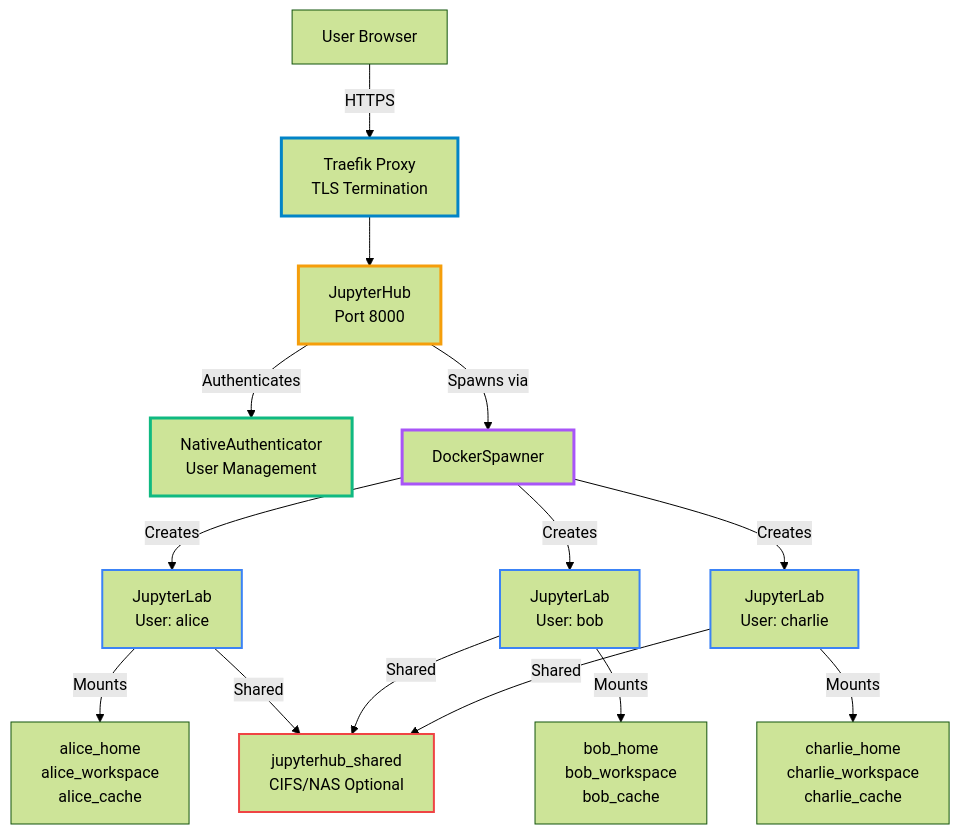
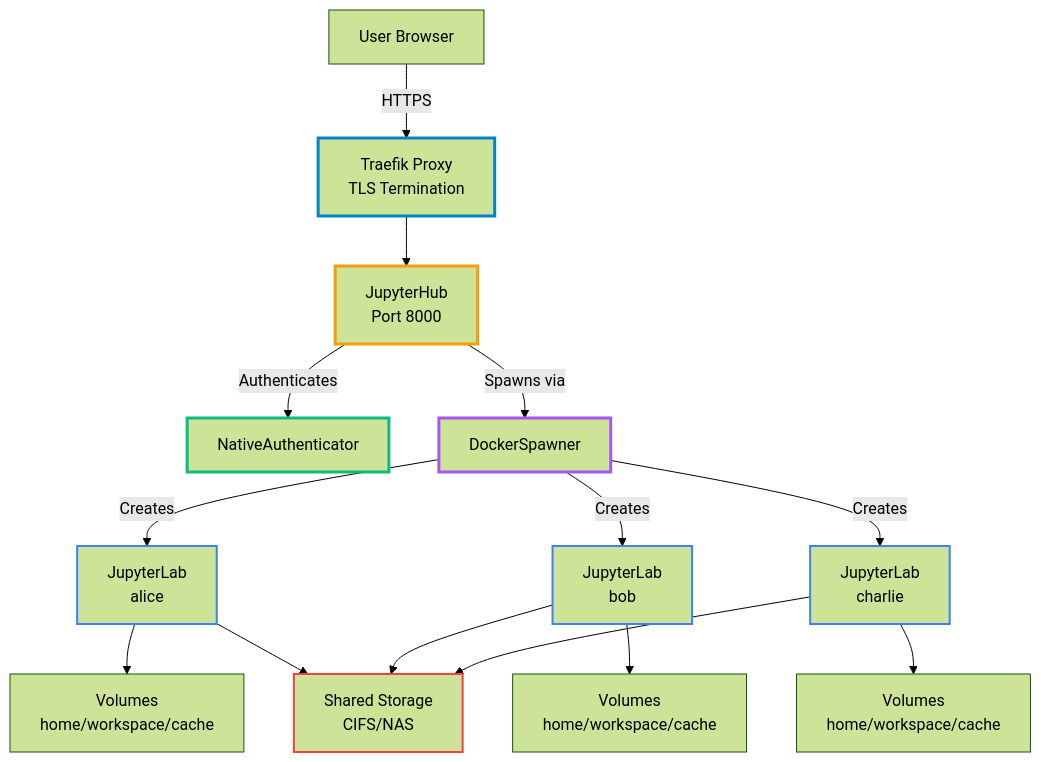
One commit to stellarshenson/stellars-jupyterhub-ds changed the diagram in README.md. Above: the diagram before and after it, drawn with Mermaid (forest theme).

Commit message:
docs: simplify architecture diagram labels
Condensed verbose diagram labels following modus primaris:
- "NativeAuthenticator User Management" -> "NativeAuthenticator"
- "User: alice" -> "alice"
- "alice_home/alice_workspace/alice_cache" -> "Volumes home/workspace/cache"
- "jupyterhub_shared CIFS/NAS Optional" -> "Shared Storage CIFS/NAS"
- Removed verbose edge labels (|Mounts|, |Shared|) for cleaner flow

Diagram remains clear while reducing visual noise and text verbosity.

````diff
--- a/README.md
+++ b/README.md
@@ -46,29 +46,29 @@
 ```mermaid
 graph TB
     User[User Browser] -->|HTTPS| Traefik[Traefik Proxy<br/>TLS Termination]
     Traefik --> Hub[JupyterHub<br/>Port 8000]
 
-    Hub -->|Authenticates| Auth[NativeAuthenticator<br/>User Management]
+    Hub -->|Authenticates| Auth[NativeAuthenticator]
     Hub -->|Spawns via| Spawner[DockerSpawner]
 
-    Spawner -->|Creates| Lab1[JupyterLab<br/>User: alice]
-    Spawner -->|Creates| Lab2[JupyterLab<br/>User: bob]
-    Spawner -->|Creates| Lab3[JupyterLab<br/>User: charlie]
+    Spawner -->|Creates| Lab1[JupyterLab<br/>alice]
+    Spawner -->|Creates| Lab2[JupyterLab<br/>bob]
+    Spawner -->|Creates| Lab3[JupyterLab<br/>charlie]
 
-    Lab1 -->|Mounts| Vol1[alice_home<br/>alice_workspace<br/>alice_cache]
-    Lab2 -->|Mounts| Vol2[bob_home<br/>bob_workspace<br/>bob_cache]
-    Lab3 -->|Mounts| Vol3[charlie_home<br/>charlie_workspace<br/>charlie_cache]
+    Lab1 --> Vol1[Volumes<br/>home/workspace/cache]
+    Lab2 --> Vol2[Volumes<br/>home/workspace/cache]
+    Lab3 --> Vol3[Volumes<br/>home/workspace/cache]
 
-    Lab1 -->|Shared| Shared[jupyterhub_shared<br/>CIFS/NAS Optional]
-    Lab2 -->|Shared| Shared
-    Lab3 -->|Shared| Shared
+    Lab1 --> Shared[Shared Storage<br/>CIFS/NAS]
+    Lab2 --> Shared
+    Lab3 --> Shared
 
     style Hub stroke:#f59e0b,stroke-width:3px
     style Traefik stroke:#0284c7,stroke-width:3px
     style Auth stroke:#10b981,stroke-width:3px
     style Spawner stroke:#a855f7,stroke-width:3px
     style Lab1 stroke:#3b82f6,stroke-width:2px
     style Lab2 stroke:#3b82f6,stroke-width:2px
     style Lab3 stroke:#3b82f6,stroke-width:2px
     style Shared stroke:#ef4444,stroke-width:2px
 ```
````
